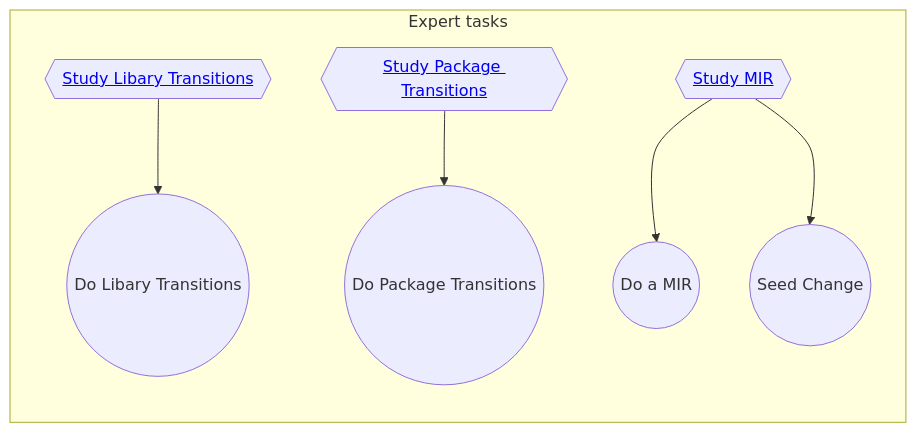
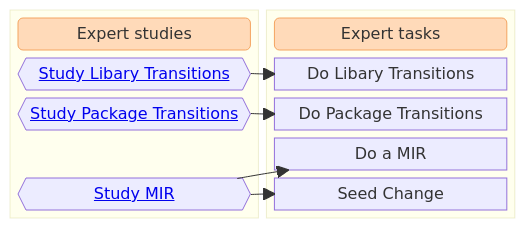
Before and after one commit to vhaudiquet/ubuntu-project-docs: the fifth of 5 diagrams in docs/who-makes-ubuntu/joining/path-to-upload-rights.md, drawn with Mermaid. The commit also changed other lines of this file, not shown here.

Commit message:
fix rendering issues in diagram

````diff
--- a/docs/who-makes-ubuntu/joining/path-to-upload-rights.md
+++ b/docs/who-makes-ubuntu/joining/path-to-upload-rights.md
@@ -134,24 +157,33 @@
 ```{mermaid}
-%% mermaid flowcharts documentation: https://mermaid.js.org/syntax/flowchart.html
-%%{ init: { 'flowchart': { 'curve': 'catmullRom' } } }%%
-flowchart TD
-    direction LR
-    subgraph ExpertTasks["Expert tasks"]
-        direction TB
+block-beta
+    columns 2
+    
+    block 
+        columns 1
+        ExpertStudies("Expert studies")
 
-        %% States
         StudyLibaryTransitions{{"<a href=https://wiki.debian.org/Teams/ReleaseTeam/Transitions>Study Libary Transitions</a>"}}
-        DoLibaryTransitions(("Do Libary Transitions"))
         StudyPackageTransitions{{"<a href=https://wiki.debian.org/PackageTransition>Study Package Transitions</a>"}}
-        DoPackageTransitions(("Do Package Transitions"))
-        StudyMIR{{"<a href=https://github.com/canonical/ubuntu-mir/edit/main/README.md>Study MIR</a>"}}
-        DoMIR(("Do a MIR"))
-        SeedChange(("Seed Change"))
+        BlockA(" ")
+        StudyMIR{{"<a href=https://canonical-ubuntu-project.readthedocs-hosted.com/MIR/main-inclusion-review/>Study MIR</a>"}}
+    end
 
-        %% Transitions
+    block
+        columns 1
+        ExpertTasks("Expert tasks")
+
+        DoLibaryTransitions["Do Libary Transitions"]
+        DoPackageTransitions["Do Package Transitions"]
+        DoMIR["Do a MIR"]
+        SeedChange["Seed Change"]
+    end
+
         StudyLibaryTransitions-->DoLibaryTransitions
         StudyPackageTransitions-->DoPackageTransitions
         StudyMIR-->DoMIR
         StudyMIR-->SeedChange
-    end
+
+    style ExpertStudies fill: #FFDAB9, stroke:#F4A460;
+    style ExpertTasks fill:#FFDAB9, stroke:#F4A460;
+    style BlockA fill:transparent,stroke:transparent;
 ```
````
